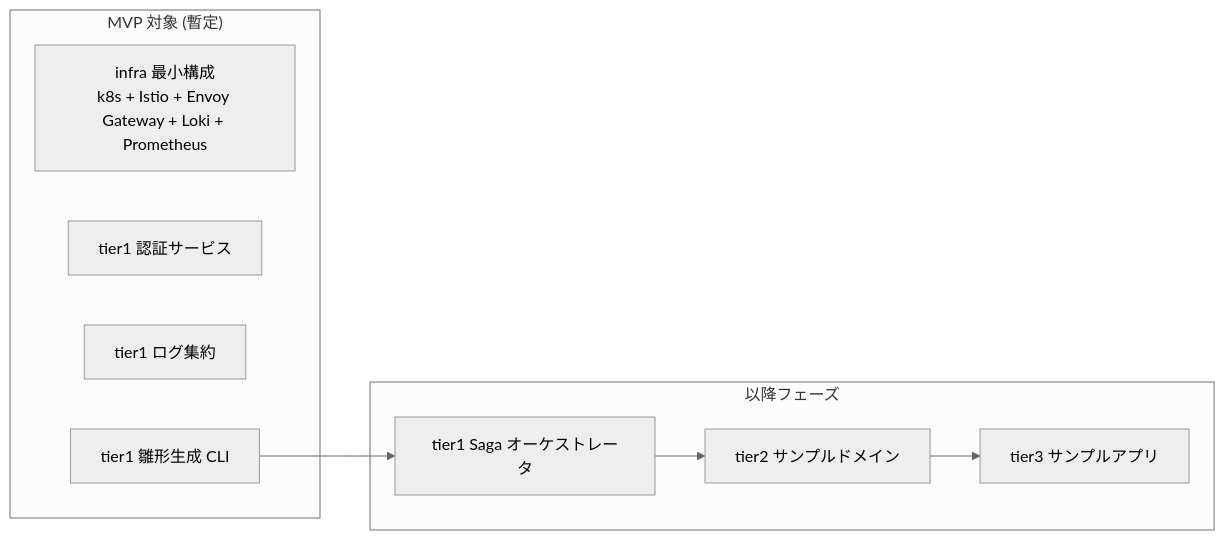
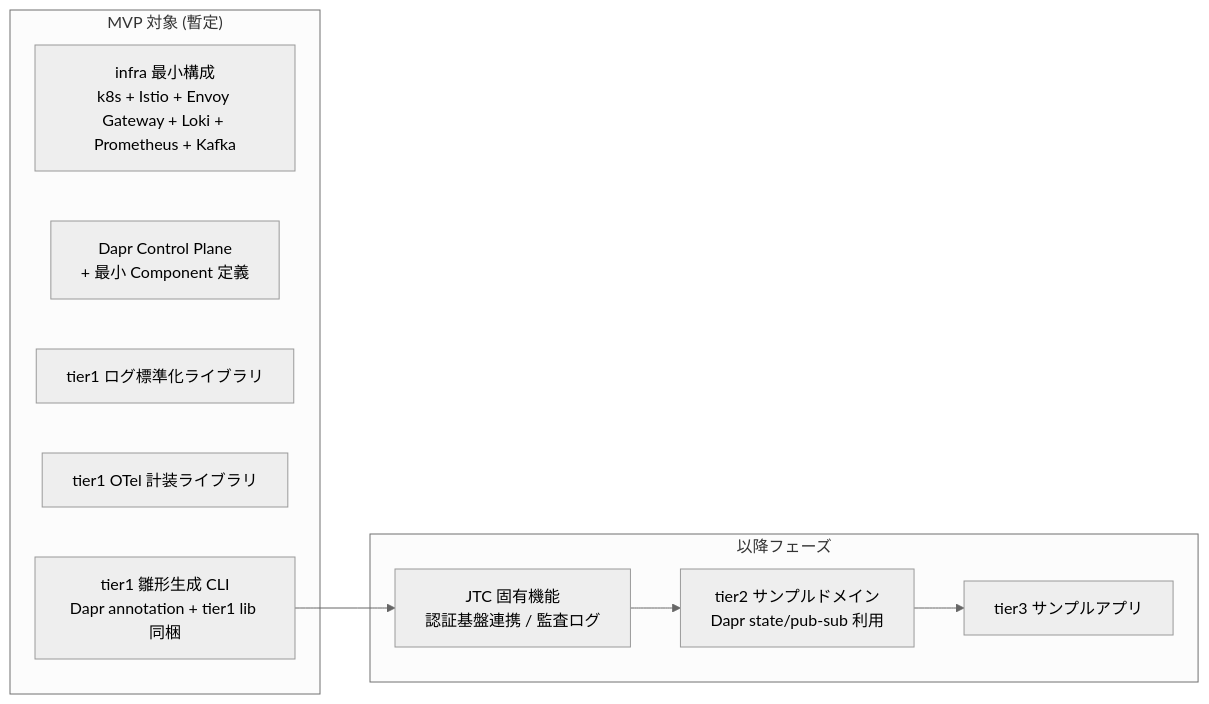
Before and after one commit to RyuheiKiso/k1s0: the fifth of 5 diagrams in docs/01_企画/事前資料/概念アーキテクチャ図.md, drawn with Mermaid (neutral theme). The commit also changed other lines of this file and 4 other files, not shown here.

````diff
--- a/docs/01_企画/事前資料/概念アーキテクチャ図.md
+++ b/docs/01_企画/事前資料/概念アーキテクチャ図.md
@@ -176,17 +189,18 @@
 ```mermaid
 flowchart LR
     subgraph MVP["MVP 対象 (暫定)"]
-        M1[infra 最小構成<br/>k8s + Istio + Envoy Gateway + Loki + Prometheus]
-        M2[tier1 認証サービス]
-        M3[tier1 ログ集約]
-        M4[tier1 雛形生成 CLI]
+        M1[infra 最小構成<br/>k8s + Istio + Envoy Gateway + Loki + Prometheus + Kafka]
+        M2[Dapr Control Plane<br/>+ 最小 Component 定義]
+        M3[tier1 ログ標準化ライブラリ]
+        M4[tier1 OTel 計装ライブラリ]
+        M5[tier1 雛形生成 CLI<br/>Dapr annotation + tier1 lib 同梱]
     end
     subgraph Future["以降フェーズ"]
-        F1[tier1 Saga オーケストレータ]
-        F2[tier2 サンプルドメイン]
+        F1[JTC 固有機能<br/>認証基盤連携 / 監査ログ]
+        F2[tier2 サンプルドメイン<br/>Dapr state/pub-sub 利用]
         F3[tier3 サンプルアプリ]
     end
-    M4 --> F1
+    M5 --> F1
     F1 --> F2
     F2 --> F3
 ```
````
